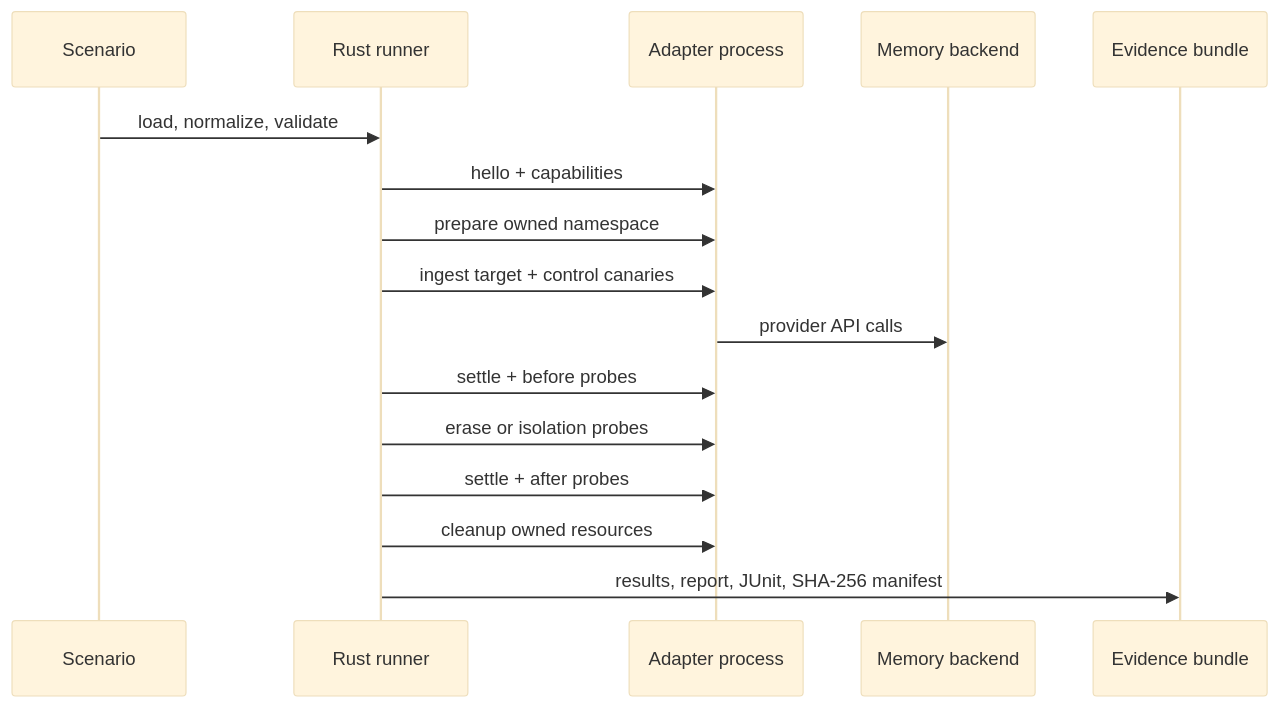
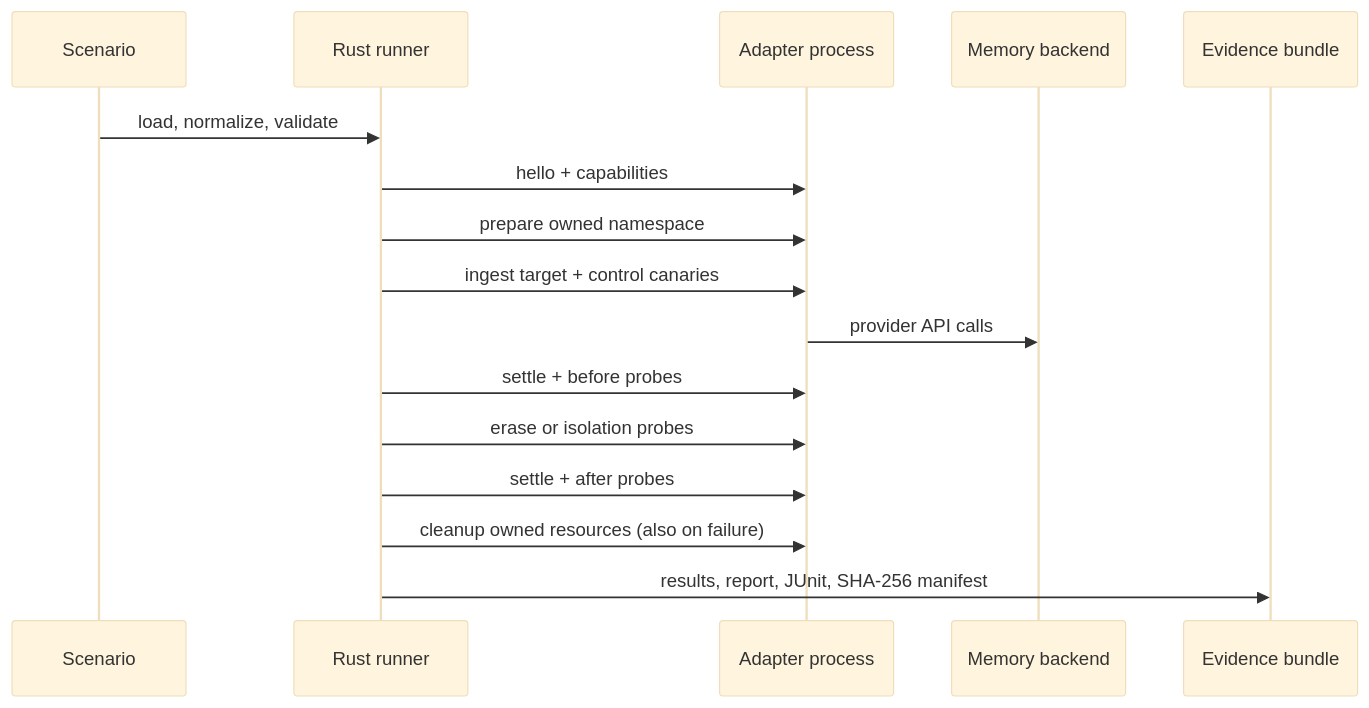
One commit to Hughhhhcoder/ForgetProof changed the diagram in docs/architecture.md. Above: the diagram before and after it, drawn with Mermaid (base theme). The commit also changed other lines of this file and 19 other files, not shown here.

````diff
--- a/docs/architecture.md
+++ b/docs/architecture.md
@@ -9,18 +9,18 @@
 ```mermaid
 sequenceDiagram
     participant S as Scenario
     participant R as Rust runner
     participant A as Adapter process
     participant B as Memory backend
     participant E as Evidence bundle
     S->>R: load, normalize, validate
     R->>A: hello + capabilities
     R->>A: prepare owned namespace
     R->>A: ingest target + control canaries
     A->>B: provider API calls
     R->>A: settle + before probes
     R->>A: erase or isolation probes
     R->>A: settle + after probes
-    R->>A: cleanup owned resources
+    R->>A: cleanup owned resources (also on failure)
     R->>E: results, report, JUnit, SHA-256 manifest
 ```
````
